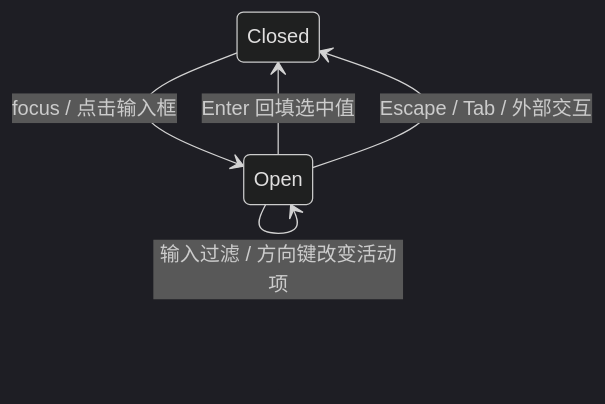
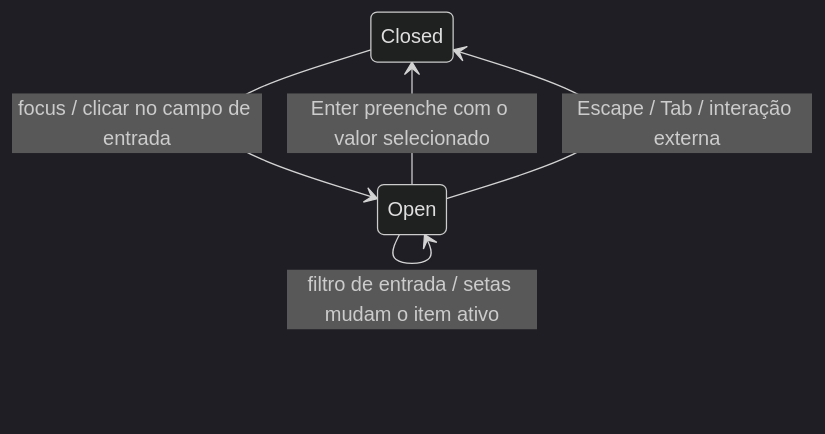
The second of 2 diagrams in docs/architecture/remote-device-connection-ux-spec.md (JoaoNetoDev/BR-Code), drawn with Mermaid (dark theme) before and after one commit. The commit also changed other lines of this file and 177 other files, not shown here.

````diff
--- a/docs/architecture/remote-device-connection-ux-spec.md
+++ b/docs/architecture/remote-device-connection-ux-spec.md
@@ -351,7 +351,7 @@
 ```mermaid
 stateDiagram-v2
-    Closed --> Open: focus / 点击输入框
-    Open --> Open: 输入过滤 / 方向键改变活动项
-    Open --> Closed: Enter 回填选中值
-    Open --> Closed: Escape / Tab / 外部交互
+    Closed --> Open: focus / clicar no campo de entrada
+    Open --> Open: filtro de entrada / setas mudam o item ativo
+    Open --> Closed: Enter preenche com o valor selecionado
+    Open --> Closed: Escape / Tab / interação externa
 ```
````
